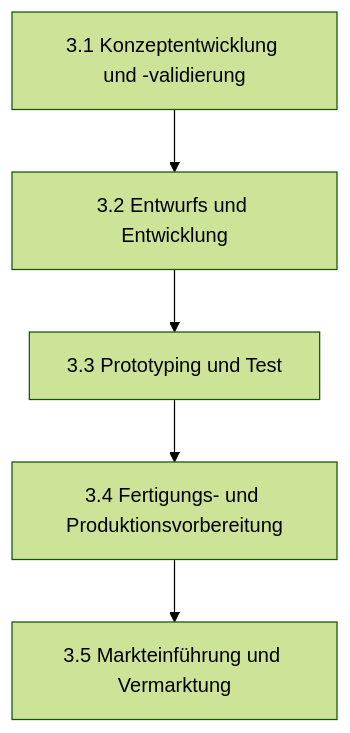
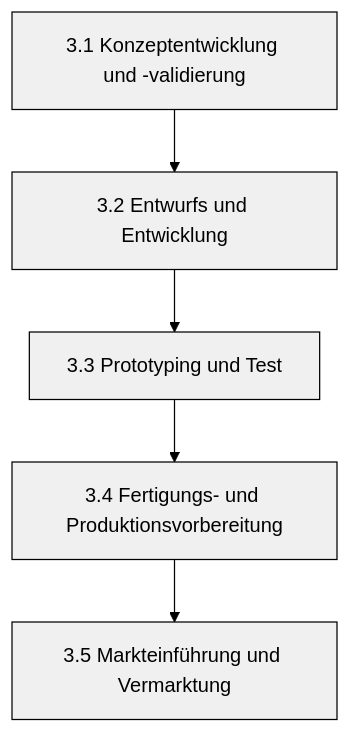
Before and after one commit to mrossde/PE1_PE2: the second of 2 diagrams in Projekt.qmd, drawn with Mermaid (forest theme). The commit also changed other lines of this file and 36 other files, not shown here.

````diff
--- a/Projekt.qmd
+++ b/Projekt.qmd
@@ -211,10 +215,16 @@
 ```{mermaid}
 %%| label: fig-label-pep02
 %%| fig-cap: "Untergeordnete Phasen der Phase Projektdurchführung im Produktentstehungsprozess"
 flowchart TD
     C1[3.1 Konzeptentwicklung und -validierung]
        --> C2[3.2 Entwurfs und Entwicklung]
     C2 --> C3[3.3 Prototyping und Test]
     C3 --> C4[3.4 Fertigungs- und Produktionsvorbereitung]
     C4 --> C5[3.5 Markteinführung und Vermarktung]
+    
+  style C1 fill:#f0f0f0,stroke:#000000,color:#000000
+  style C2 fill:#f0f0f0,stroke:#000000,color:#000000
+  style C3 fill:#f0f0f0,stroke:#000000,color:#000000
+  style C4 fill:#f0f0f0,stroke:#000000,color:#000000
+  style C5 fill:#f0f0f0,stroke:#000000,color:#000000
 ```
````
